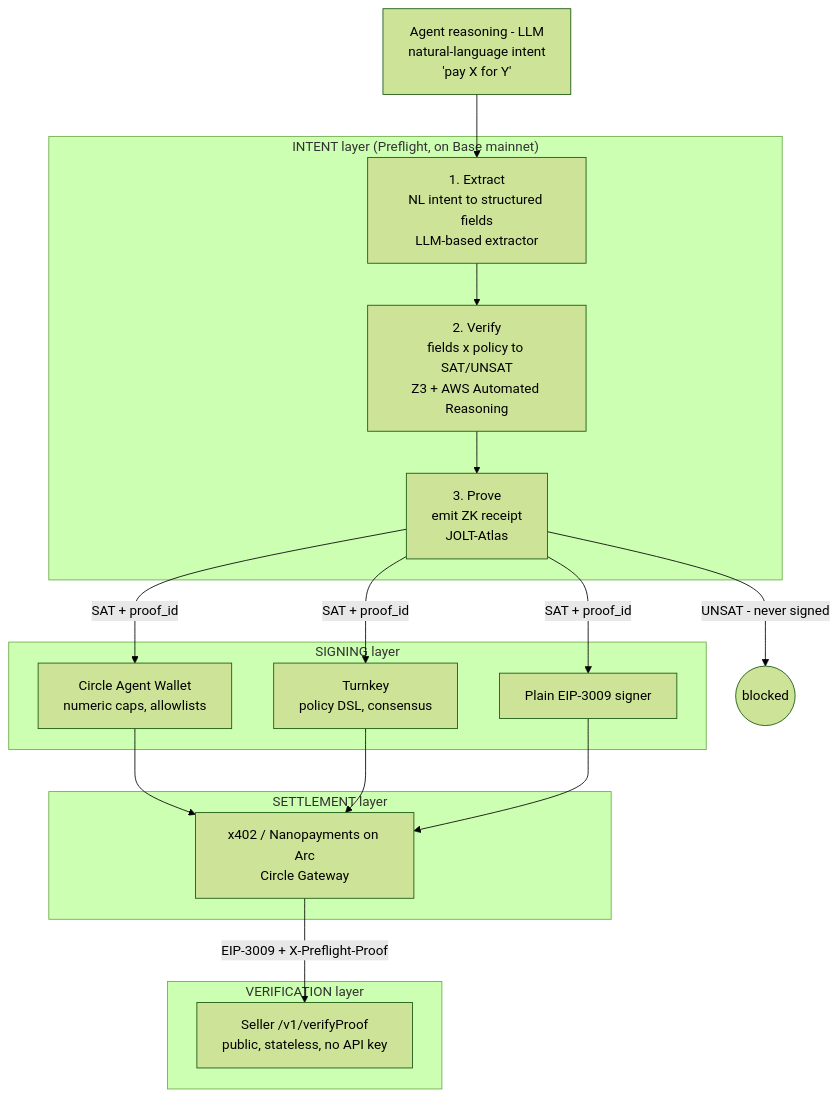
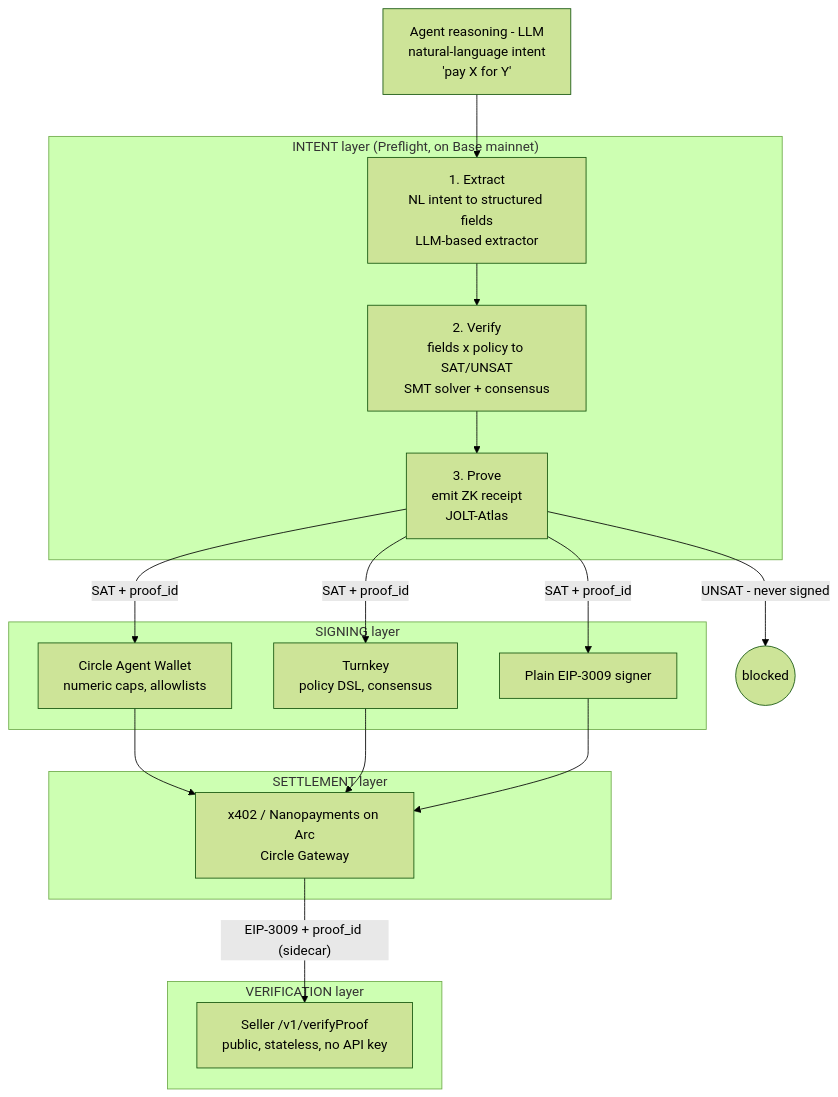
One commit to hshadab/nanopayments changed the first of 2 diagrams in README.md. Above: the diagram before and after it, drawn with Mermaid (forest theme). The commit also changed other lines of this file and 3 other files, not shown here.

First line of the commit message:
docs: scrub repo against audit — SMT/consensus framing, hedged perf, no policy_id

````diff
--- a/README.md
+++ b/README.md
@@ -92,35 +92,35 @@
 ```mermaid
 flowchart TB
     A[Agent reasoning - LLM<br/>natural-language intent<br/>'pay X for Y']
 
     subgraph INTENT["INTENT layer (Preflight, on Base mainnet)"]
         EX[1. Extract<br/>NL intent to structured fields<br/>LLM-based extractor]
-        VR[2. Verify<br/>fields x policy to SAT/UNSAT<br/>Z3 + AWS Automated Reasoning]
+        VR[2. Verify<br/>fields x policy to SAT/UNSAT<br/>SMT solver + consensus]
         PR[3. Prove<br/>emit ZK receipt<br/>JOLT-Atlas]
         EX --> VR --> PR
     end
 
     subgraph SIGNING["SIGNING layer"]
         CW[Circle Agent Wallet<br/>numeric caps, allowlists]
         TK[Turnkey<br/>policy DSL, consensus]
         EOA[Plain EIP-3009 signer]
     end
 
     subgraph SETTLE["SETTLEMENT layer"]
         X[x402 / Nanopayments on Arc<br/>Circle Gateway]
     end
 
     subgraph VERIFY["VERIFICATION layer"]
         V[Seller /v1/verifyProof<br/>public, stateless, no API key]
     end
 
     A --> EX
     PR -- "SAT + proof_id" --> CW
     PR -- "SAT + proof_id" --> TK
     PR -- "SAT + proof_id" --> EOA
     PR -- "UNSAT - never signed" --> BLOCKED((blocked))
     CW --> X
     TK --> X
     EOA --> X
-    X -- "EIP-3009 + X-Preflight-Proof" --> V
+    X -- "EIP-3009 + proof_id (sidecar)" --> V
 ```
````
